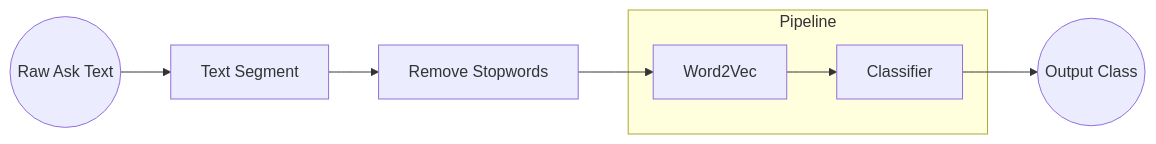
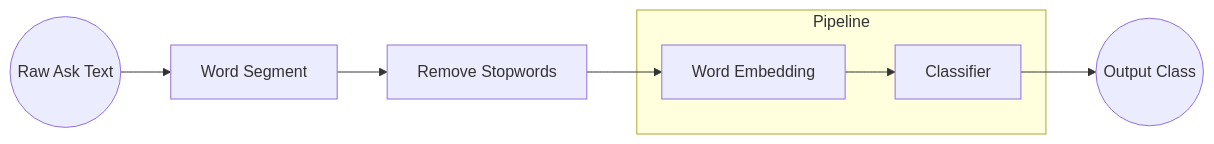
Before and after one commit to BennyWang4000/Medical-Text-Classification: the first of 3 diagrams in README.md, drawn with Mermaid. The commit also changed other lines of this file and 2 other files, not shown here.

````diff
--- a/README.md
+++ b/README.md
@@ -137,10 +180,10 @@
 ``` mermaid
 graph LR
-raw((Raw Ask Text)) -->seg[Text Segment] 
+raw((Raw Ask Text)) -->seg[Word Segment] 
 seg --> rm[Remove Stopwords]
-rm --> w2v[Word2Vec]
+rm --> w2v[Word Embedding]
 subgraph Pipeline
 w2v --> cls[Classifier]
 end
 cls --> out((Output Class))
 ```
````
